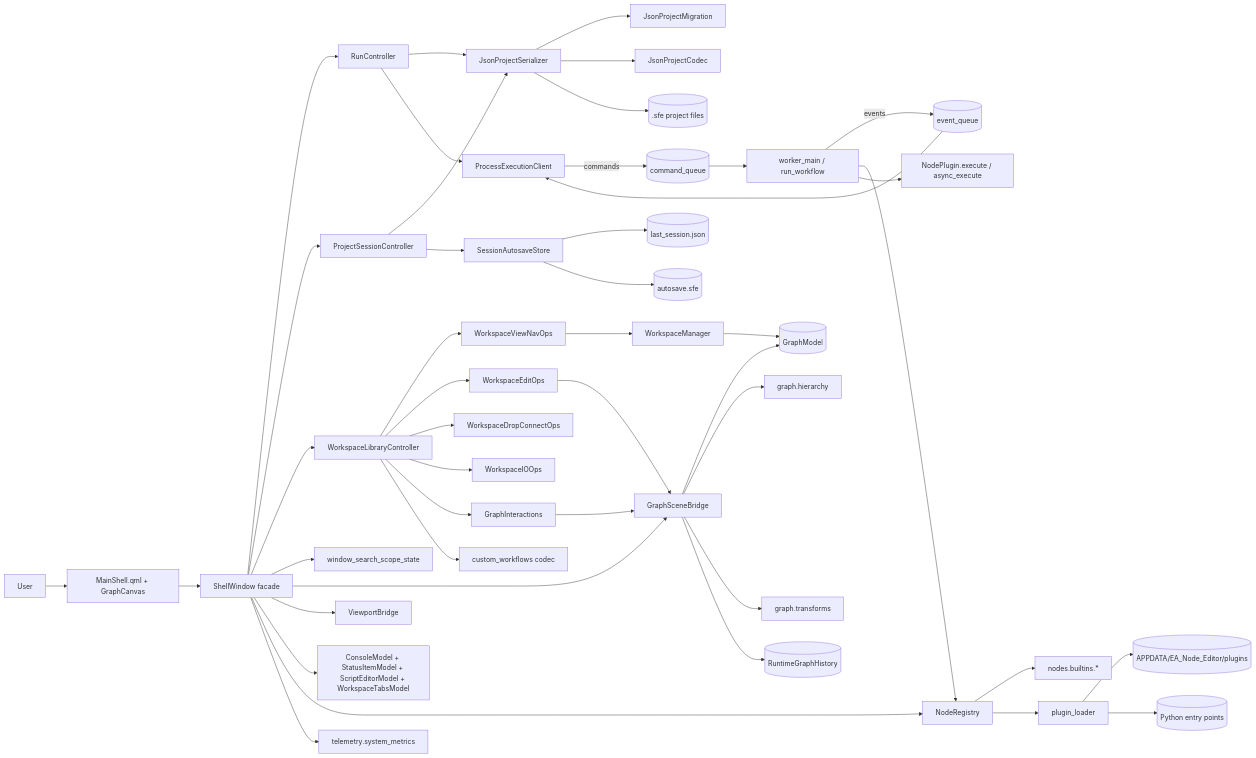
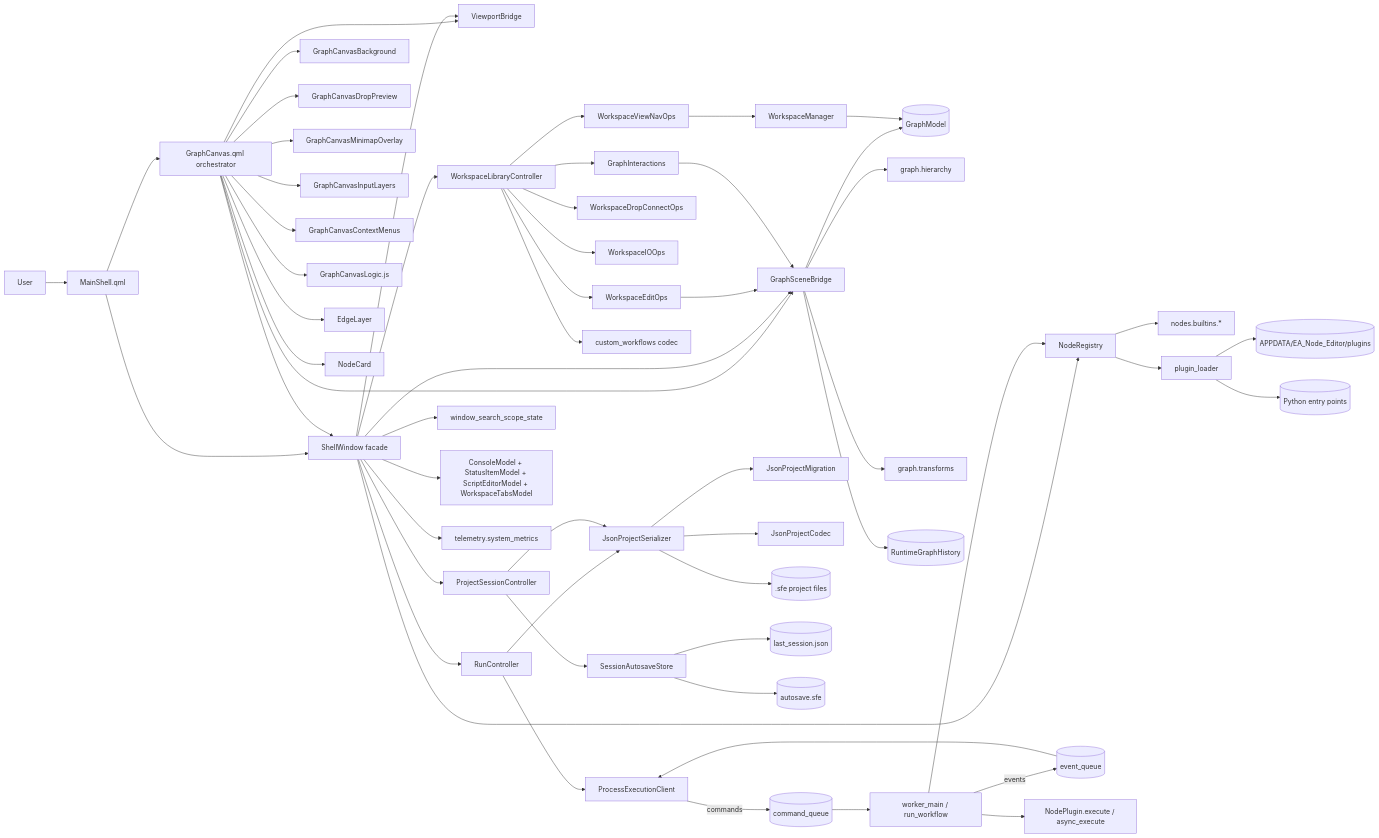
Before and after one commit to emreatay993/EA_Node: the diagram in docs/architecture_diagrams/component_map.mmd, drawn with Mermaid. The commit also changed 10 other files, not shown here.

Commit message:
docs: refresh architecture docs for modular GraphCanvas

```diff
--- a/docs/architecture_diagrams/component_map.mmd
+++ b/docs/architecture_diagrams/component_map.mmd
@@ -1,56 +1,70 @@
 flowchart LR
-    U[User] --> QML[MainShell.qml + GraphCanvas]
-    QML --> SW[ShellWindow facade]
+    U[User] --> MS[MainShell.qml]
+    MS --> GC[GraphCanvas.qml orchestrator]
+    MS --> SW[ShellWindow facade]
+
+    GC --> GCBG[GraphCanvasBackground]
+    GC --> GCDP[GraphCanvasDropPreview]
+    GC --> GCMINI[GraphCanvasMinimapOverlay]
+    GC --> GCINPUT[GraphCanvasInputLayers]
+    GC --> GCCM[GraphCanvasContextMenus]
+    GC --> GCLOGIC[GraphCanvasLogic.js]
+    GC --> EDGE[EdgeLayer]
+    GC --> NODECARD[NodeCard]
+
+    GC --> GS
+    GC --> VP
+    GC --> SW
 
     SW --> RUN[RunController]
     SW --> PSC[ProjectSessionController]
     SW --> WLC[WorkspaceLibraryController]
     SW --> SEARCH[window_search_scope_state]
 
     SW --> GS[GraphSceneBridge]
     SW --> VP[ViewportBridge]
     SW --> MODELS[ConsoleModel + StatusItemModel + ScriptEditorModel + WorkspaceTabsModel]
 
     GS --> GR[(GraphModel)]
     GS --> HIER[graph.hierarchy]
     GS --> XFORM[graph.transforms]
     GS --> HIST[(RuntimeGraphHistory)]
 
     WLC --> NAV[WorkspaceViewNavOps]
     WLC --> EDIT[WorkspaceEditOps]
     WLC --> DROP[WorkspaceDropConnectOps]
     WLC --> IO[WorkspaceIOOps]
     WLC --> GI[GraphInteractions]
 
     EDIT --> GS
     GI --> GS
     NAV --> WM[WorkspaceManager]
     WM --> GR
 
     WLC --> CWF[custom_workflows codec]
 
     RUN --> SER[JsonProjectSerializer]
     PSC --> SER
     PSC --> SESS[SessionAutosaveStore]
 
     SER --> MIG[JsonProjectMigration]
     SER --> CODEC[JsonProjectCodec]
     SER --> SFE[(.sfe project files)]
     SESS --> LAST[(last_session.json)]
     SESS --> AUTO[(autosave.sfe)]
 
     SW --> REG[NodeRegistry]
     REG --> BUILTINS[nodes.builtins.*]
     REG --> PLUG[plugin_loader]
     PLUG --> PLUGDIR[(APPDATA/EA_Node_Editor/plugins)]
     PLUG --> ENTRYPTS[(Python entry points)]
 
     RUN --> EXEC[ProcessExecutionClient]
     EXEC -->|commands| CMDQ[(command_queue)]
     CMDQ --> WORKER[worker_main / run_workflow]
     WORKER -->|events| EVTQ[(event_queue)]
     EVTQ --> EXEC
     WORKER --> REG
     WORKER --> NODEPLUGINS[NodePlugin.execute / async_execute]
 
     SW --> METRICS[telemetry.system_metrics]
```
